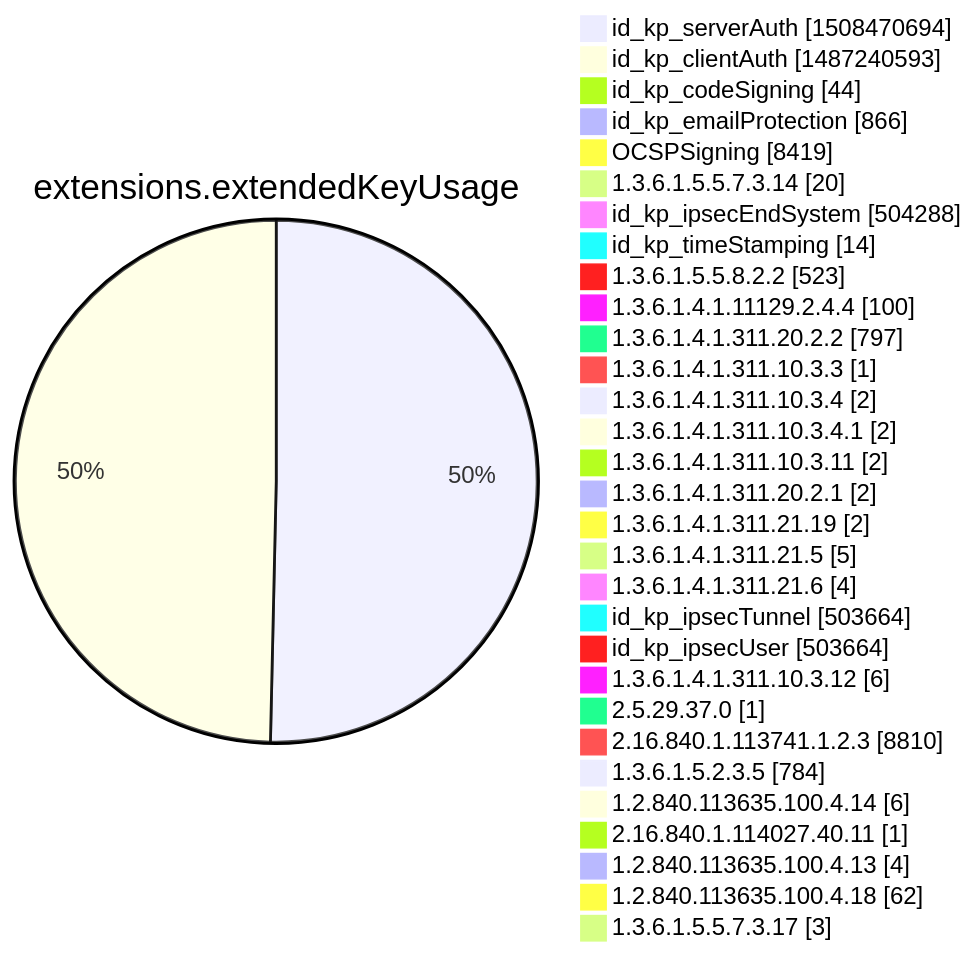
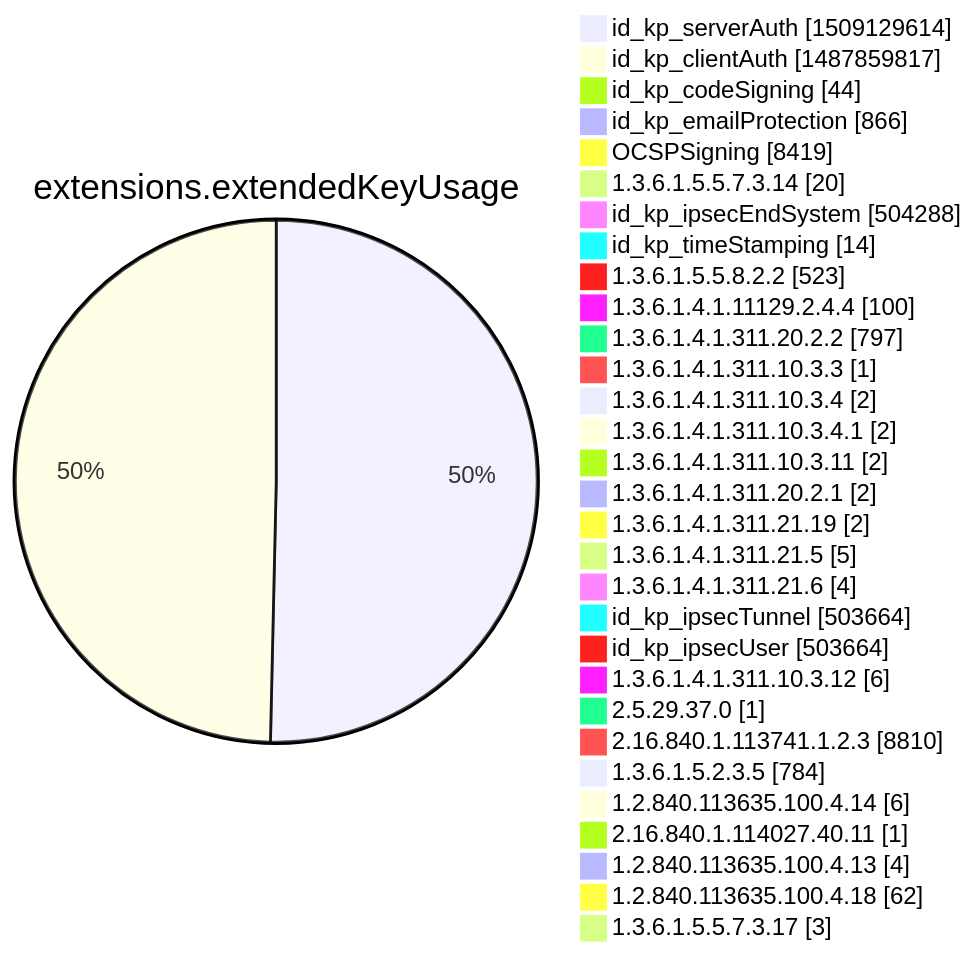
Diagram 12 of 15 in argon2022/README.md (christiankrug/ctmonitor_visualization), drawn with Mermaid before and after one commit. The commit also changed other lines of this file, not shown here.

````diff
--- a/argon2022/README.md
+++ b/argon2022/README.md
@@ -3555,34 +3555,34 @@
 ```mermaid
 pie showData
 title extensions.extendedKeyUsage
-"id_kp_serverAuth" :1508470694
-"id_kp_clientAuth" :1487240593
+"id_kp_serverAuth" :1509129614
+"id_kp_clientAuth" :1487859817
 "id_kp_codeSigning" :44
 "id_kp_emailProtection" :866
 "OCSPSigning" :8419
 "1.3.6.1.5.5.7.3.14" :20
 "id_kp_ipsecEndSystem" :504288
 "id_kp_timeStamping" :14
 "1.3.6.1.5.5.8.2.2" :523
 "1.3.6.1.4.1.11129.2.4.4" :100
 "1.3.6.1.4.1.311.20.2.2" :797
 "1.3.6.1.4.1.311.10.3.3" :1
 "1.3.6.1.4.1.311.10.3.4" :2
 "1.3.6.1.4.1.311.10.3.4.1" :2
 "1.3.6.1.4.1.311.10.3.11" :2
 "1.3.6.1.4.1.311.20.2.1" :2
 "1.3.6.1.4.1.311.21.19" :2
 "1.3.6.1.4.1.311.21.5" :5
 "1.3.6.1.4.1.311.21.6" :4
 "id_kp_ipsecTunnel" :503664
 "id_kp_ipsecUser" :503664
 "1.3.6.1.4.1.311.10.3.12" :6
 "2.5.29.37.0" :1
 "2.16.840.1.113741.1.2.3" :8810
 "1.3.6.1.5.2.3.5" :784
 "1.2.840.113635.100.4.14" :6
 "2.16.840.1.114027.40.11" :1
 "1.2.840.113635.100.4.13" :4
 "1.2.840.113635.100.4.18" :62
 "1.3.6.1.5.5.7.3.17" :3
 ```
````
